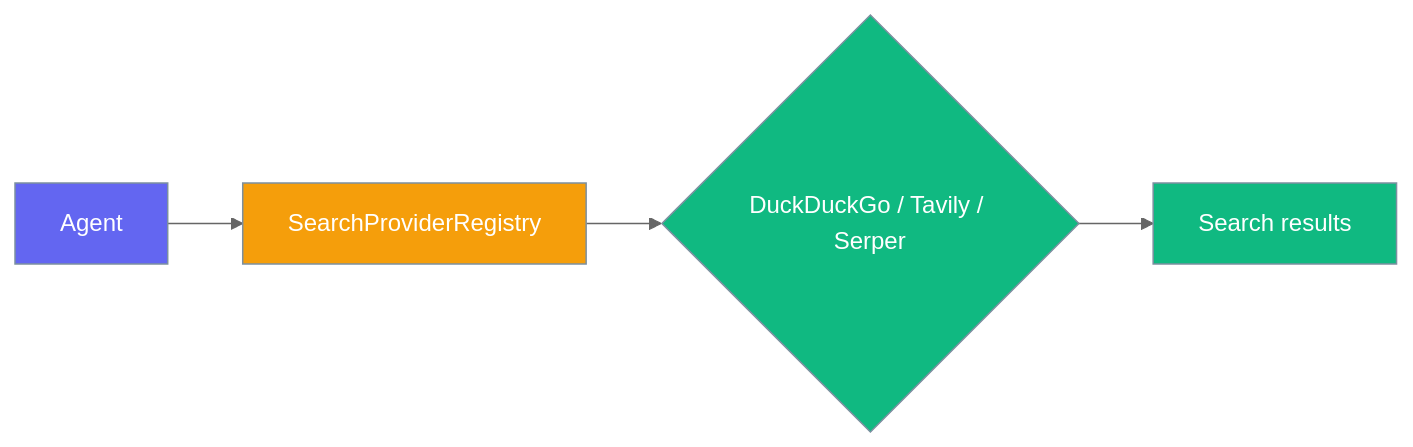
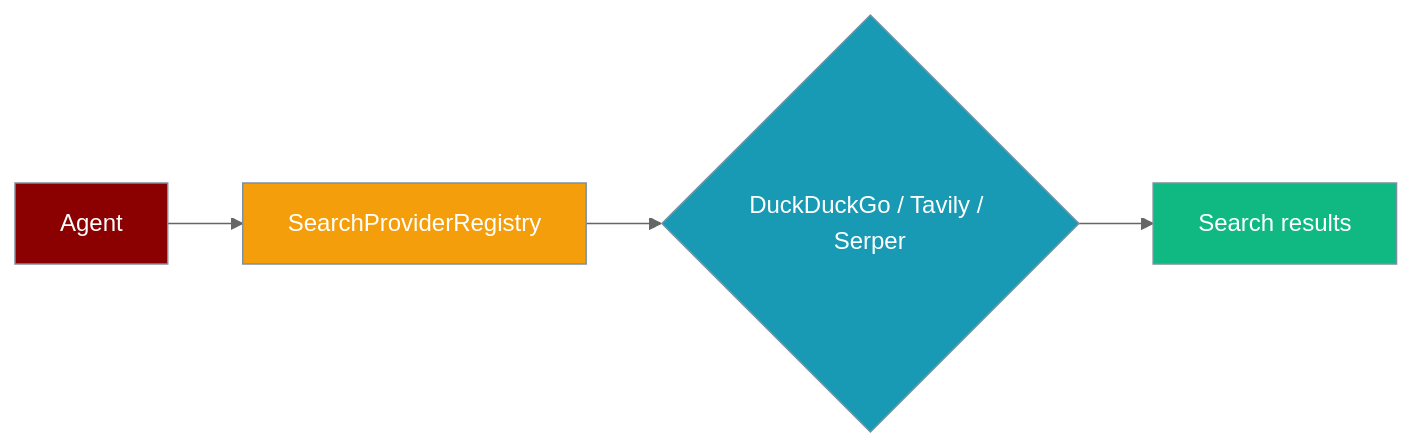
One commit to MervinPraison/PraisonAIDocs changed the first of 2 diagrams in docs/features/search-provider-registry.mdx. Above: the diagram before and after it, drawn with Mermaid (neutral theme). The commit also changed other lines of this file and 4 other files, not shown here.

````diff
--- a/docs/features/search-provider-registry.mdx
+++ b/docs/features/search-provider-registry.mdx
@@ -10,14 +21,16 @@
 ```mermaid
 graph LR
     A[Agent] --> B[SearchProviderRegistry]
     B --> C{DuckDuckGo / Tavily / Serper}
     C --> D[Search results]
 
-    classDef agent fill:#6366F1,stroke:#7C90A0,color:#fff
+    classDef agent fill:#8B0000,stroke:#7C90A0,color:#fff
     classDef registry fill:#F59E0B,stroke:#7C90A0,color:#fff
-    classDef provider fill:#10B981,stroke:#7C90A0,color:#fff
+    classDef provider fill:#189AB4,stroke:#7C90A0,color:#fff
+    classDef output fill:#10B981,stroke:#7C90A0,color:#fff
 
     class A agent
     class B registry
-    class C,D provider
+    class C provider
+    class D output
 ```
````
